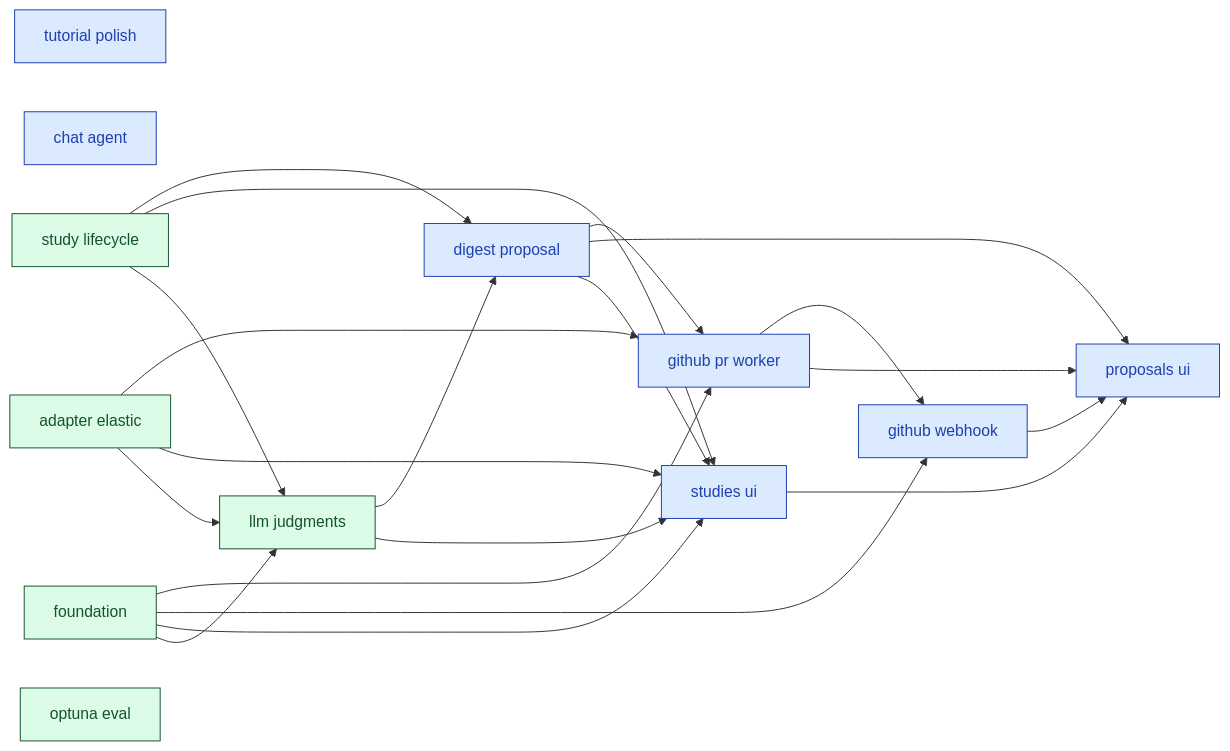
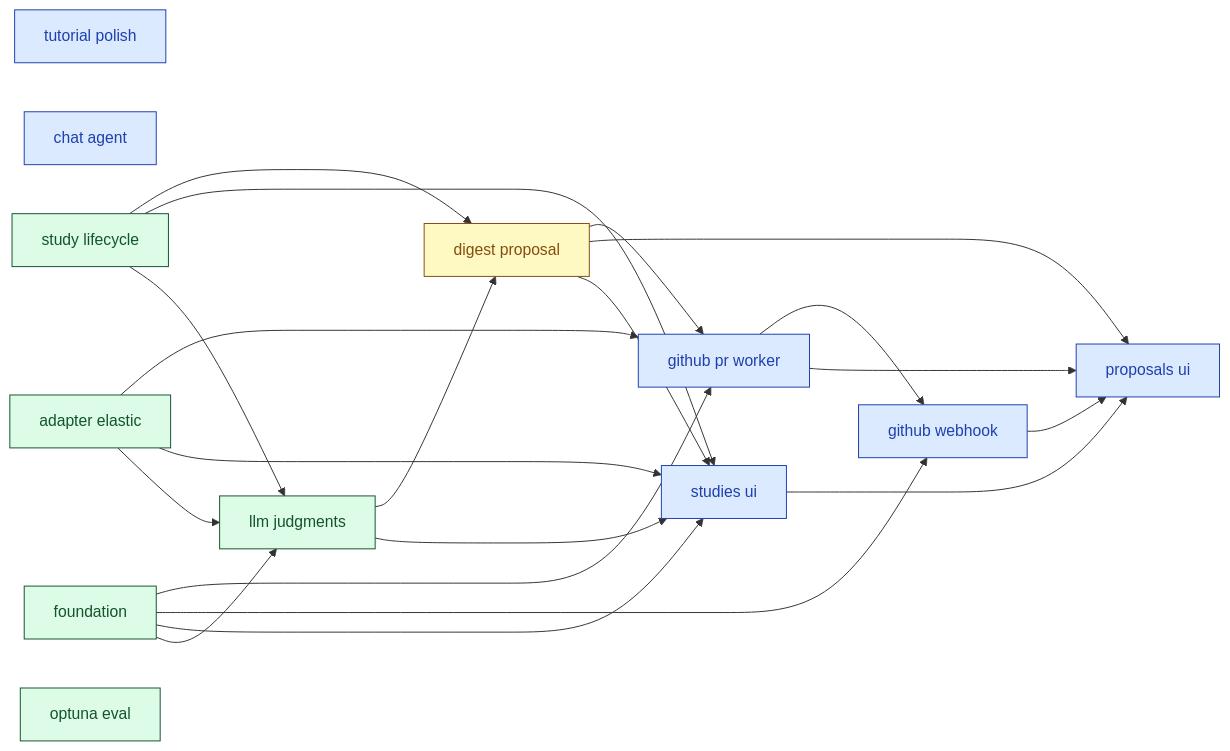
Before and after one commit to SoundMindsAI/relyloop: the diagram in docs/00_overview/MVP1_DASHBOARD.md, drawn with Mermaid. The commit also changed other lines of this file and 62 other files, not shown here.

First line of the commit message:
feat(digest): study-end digest narrative + proposal population (feat_digest_proposal) (#41)

````diff
--- a/docs/00_overview/MVP1_DASHBOARD.md
+++ b/docs/00_overview/MVP1_DASHBOARD.md
@@ -69,51 +71,51 @@
 ```mermaid
 graph LR
   classDef done fill:#dcfce7,stroke:#14532d,color:#14532d;
   classDef implement fill:#ffedd5,stroke:#9a3412,color:#9a3412;
   classDef plan fill:#fef9c3,stroke:#854d0e,color:#854d0e;
   classDef spec fill:#dbeafe,stroke:#1e40af,color:#1e40af;
   classDef idea fill:#f1f5f9,stroke:#334155,color:#334155;
   chore_tutorial_polish["tutorial polish"]
   class chore_tutorial_polish spec;
   feat_chat_agent["chat agent"]
   class feat_chat_agent spec;
   feat_digest_proposal["digest proposal"]
-  class feat_digest_proposal spec;
+  class feat_digest_proposal plan;
   feat_github_pr_worker["github pr worker"]
   class feat_github_pr_worker spec;
   feat_github_webhook["github webhook"]
   class feat_github_webhook spec;
   feat_proposals_ui["proposals ui"]
   class feat_proposals_ui spec;
   feat_studies_ui["studies ui"]
   class feat_studies_ui spec;
   infra_foundation["foundation"]
   class infra_foundation done;
   feat_study_lifecycle["study lifecycle"]
   class feat_study_lifecycle done;
   infra_adapter_elastic["adapter elastic"]
   class infra_adapter_elastic done;
   infra_optuna_eval["optuna eval"]
   class infra_optuna_eval done;
   feat_llm_judgments["llm judgments"]
   class feat_llm_judgments done;
   feat_study_lifecycle --> feat_digest_proposal
   feat_llm_judgments --> feat_digest_proposal
   infra_foundation --> feat_github_pr_worker
   infra_adapter_elastic --> feat_github_pr_worker
   feat_digest_proposal --> feat_github_pr_worker
   infra_foundation --> feat_github_webhook
   feat_github_pr_worker --> feat_github_webhook
   feat_studies_ui --> feat_proposals_ui
   feat_digest_proposal --> feat_proposals_ui
   feat_github_pr_worker --> feat_proposals_ui
   feat_github_webhook --> feat_proposals_ui
   infra_foundation --> feat_studies_ui
   feat_study_lifecycle --> feat_studies_ui
   feat_digest_proposal --> feat_studies_ui
   feat_llm_judgments --> feat_studies_ui
   infra_adapter_elastic --> feat_studies_ui
   infra_foundation --> feat_llm_judgments
   infra_adapter_elastic --> feat_llm_judgments
   feat_study_lifecycle --> feat_llm_judgments
 ```
````
